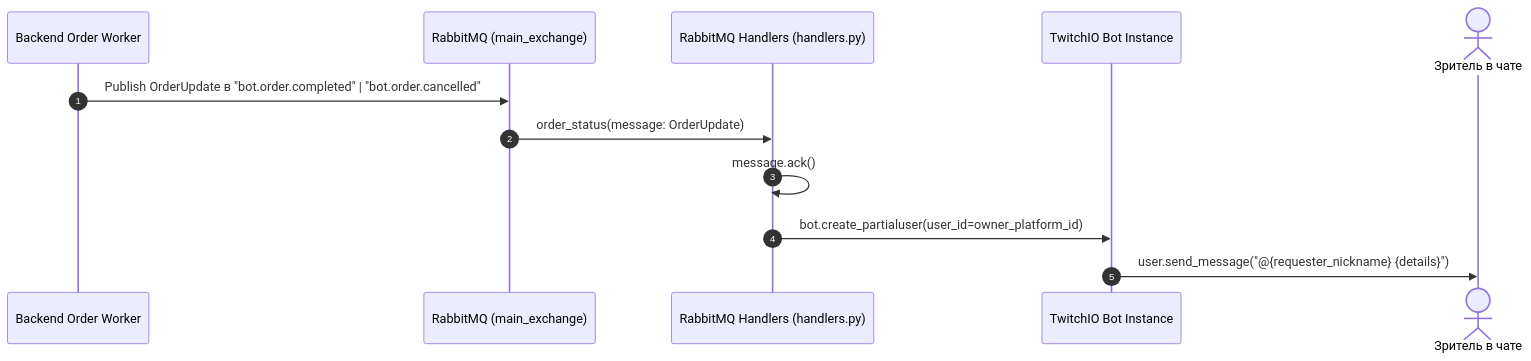
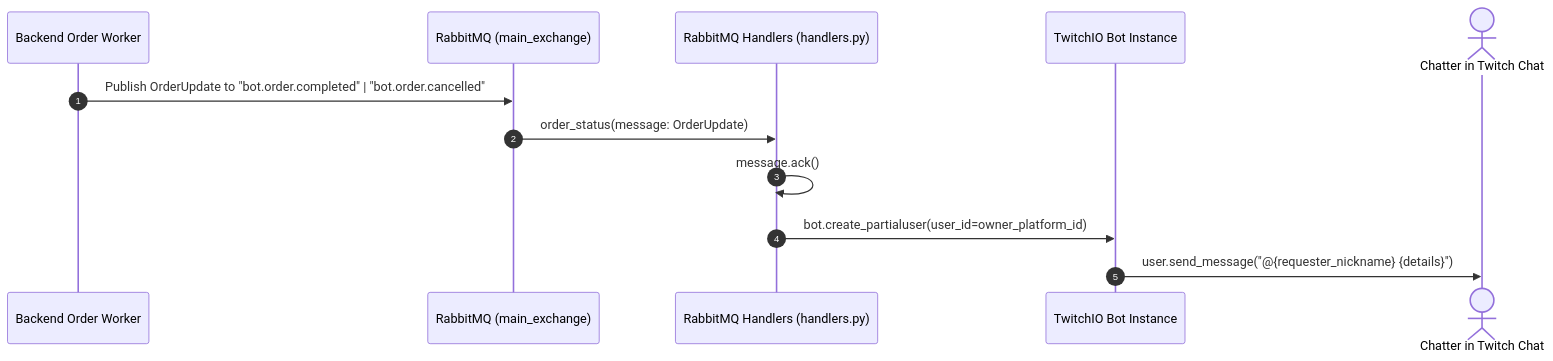
The fourth of 5 diagrams in docs/bots/bot_ttv.md (DustGalaxy/openplaylist-mono), drawn with Mermaid before and after one commit. The commit also changed other lines of this file and 21 other files, not shown here.

Commit message:
docs: translate technical architecture and component guides to English

````diff
--- a/docs/bots/bot_ttv.md
+++ b/docs/bots/bot_ttv.md
@@ -204,15 +204,15 @@
 ```mermaid
 sequenceDiagram
     autonumber
     participant Backend as Backend Order Worker
     participant Rabbit as RabbitMQ (main_exchange)
     participant Handlers as RabbitMQ Handlers (handlers.py)
     participant Bot as TwitchIO Bot Instance
-    actor Chatter as Зритель в чате
+    actor Chatter as Chatter in Twitch Chat
 
-    Backend->>Rabbit: Publish OrderUpdate в "bot.order.completed" | "bot.order.cancelled"
+    Backend->>Rabbit: Publish OrderUpdate to "bot.order.completed" | "bot.order.cancelled"
     Rabbit->>Handlers: order_status(message: OrderUpdate)
     Handlers->>Handlers: message.ack()
     Handlers->>Bot: bot.create_partialuser(user_id=owner_platform_id)
     Bot->>Chatter: user.send_message("@{requester_nickname} {details}")
 ```
````
